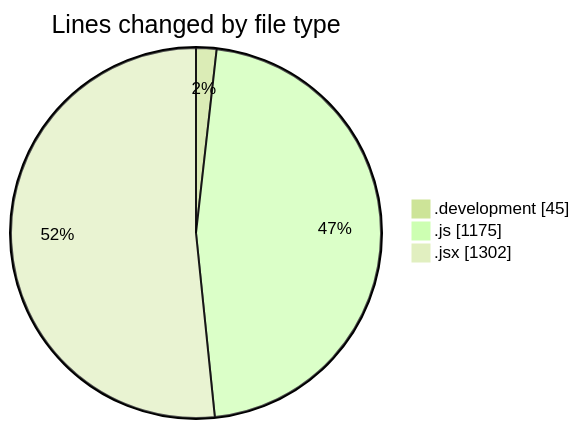
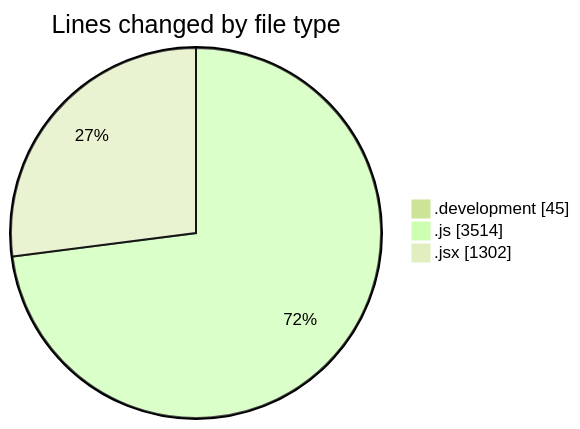
One commit to nxtqubesakshisongat/code-tracking changed the first of 2 diagrams in 2025-11-10/nxtqube_webapp/README.md. Above: the diagram before and after it, drawn with Mermaid (forest theme). The commit also changed other lines of this file and 1 other file, not shown here.

````diff
--- a/2025-11-10/nxtqube_webapp/README.md
+++ b/2025-11-10/nxtqube_webapp/README.md
@@ -31,7 +32,7 @@
 ```mermaid
 pie showData
 title Lines changed by file type
 ".development" : 45
-".js" : 1175
+".js" : 3514
 ".jsx" : 1302
 ```
````
